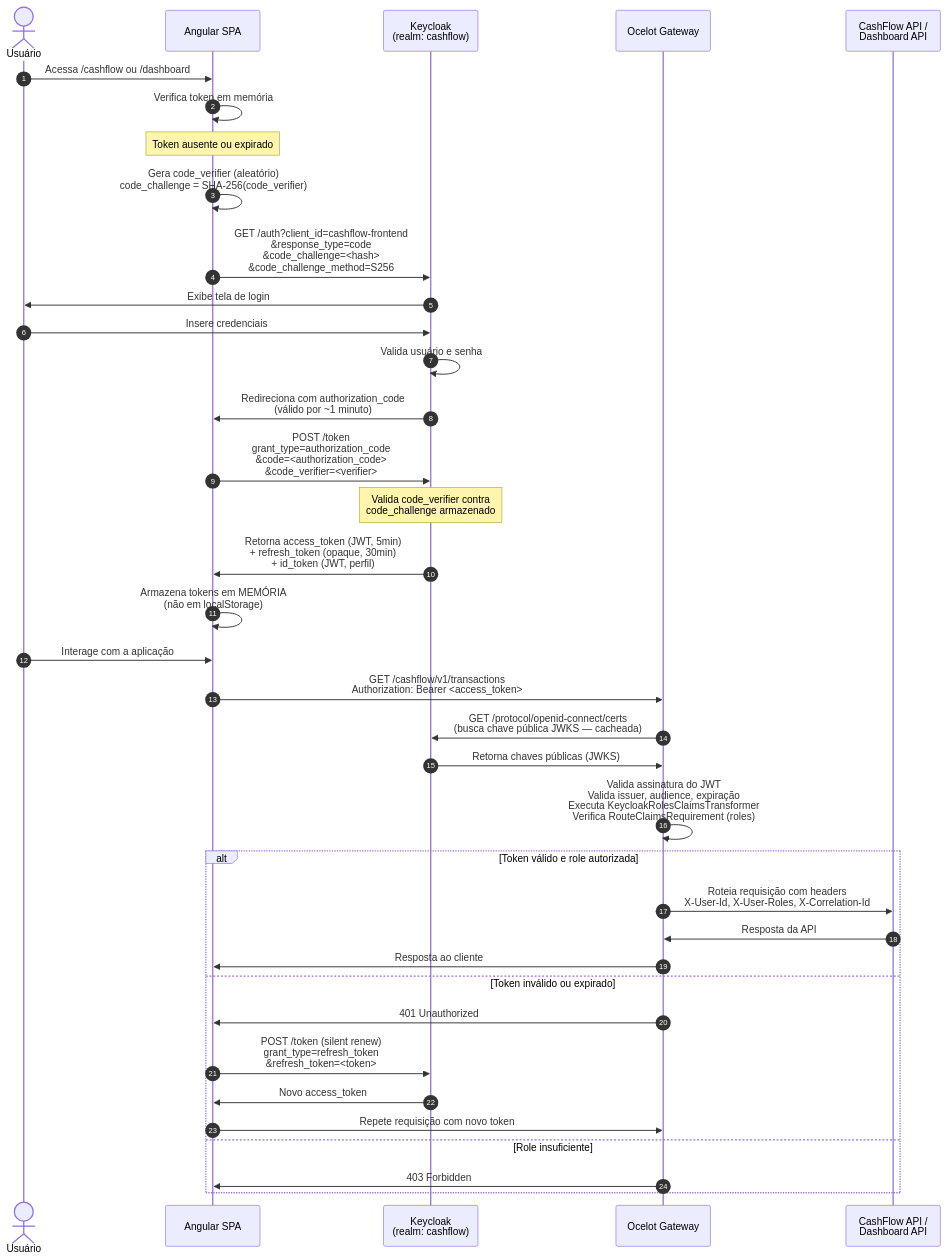
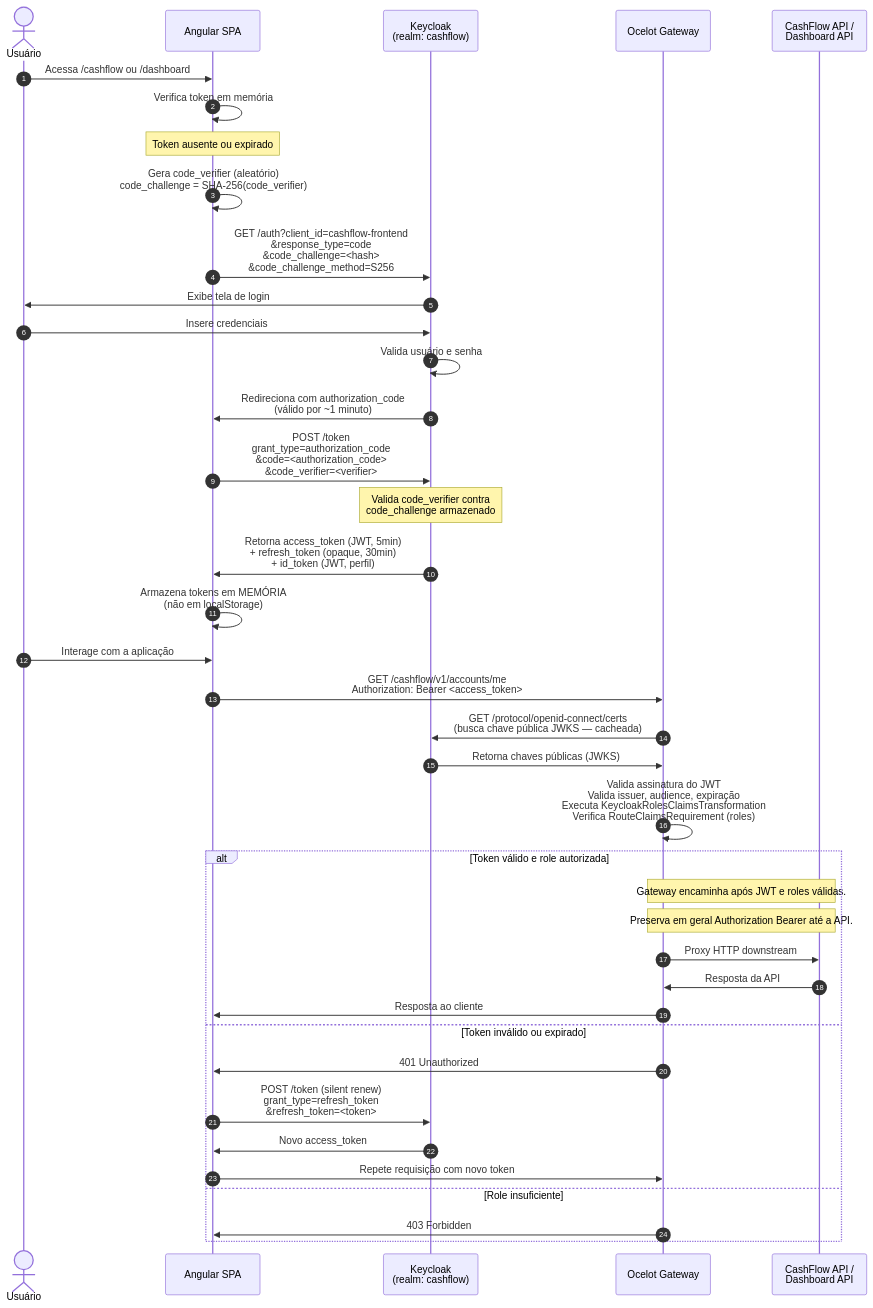
One commit to filipececcon/arch-challenge changed the diagram in docs/security/diagrams/auth-oidc-flow.mmd. Above: the diagram before and after it, drawn with Mermaid. The commit also changed 38 other files, not shown here.

First line of the commit message:
Refactor Cashflow architecture docs for account aggregate and unified outbox

```diff
--- a/docs/security/diagrams/auth-oidc-flow.mmd
+++ b/docs/security/diagrams/auth-oidc-flow.mmd
@@ -1,48 +1,50 @@
 sequenceDiagram
     autonumber
 
     actor U as Usuário
     participant A as Angular SPA
     participant K as Keycloak<br/>(realm: cashflow)
     participant G as Ocelot Gateway
     participant C as CashFlow API /<br/>Dashboard API
 
     U->>A: Acessa /cashflow ou /dashboard
     A->>A: Verifica token em memória
     Note over A: Token ausente ou expirado
 
     A->>A: Gera code_verifier (aleatório)<br/>code_challenge = SHA-256(code_verifier)
 
     A->>K: GET /auth?client_id=cashflow-frontend<br/>&response_type=code<br/>&code_challenge=<hash><br/>&code_challenge_method=S256
     K->>U: Exibe tela de login
 
     U->>K: Insere credenciais
     K->>K: Valida usuário e senha
     K->>A: Redireciona com authorization_code<br/>(válido por ~1 minuto)
 
     A->>K: POST /token<br/>grant_type=authorization_code<br/>&code=<authorization_code><br/>&code_verifier=<verifier>
     Note over K: Valida code_verifier contra<br/>code_challenge armazenado
     K->>A: Retorna access_token (JWT, 5min)<br/>+ refresh_token (opaque, 30min)<br/>+ id_token (JWT, perfil)
 
     A->>A: Armazena tokens em MEMÓRIA<br/>(não em localStorage)
 
     U->>A: Interage com a aplicação
-    A->>G: GET /cashflow/v1/transactions<br/>Authorization: Bearer <access_token>
+    A->>G: GET /cashflow/v1/accounts/me<br/>Authorization: Bearer <access_token>
 
     G->>K: GET /protocol/openid-connect/certs<br/>(busca chave pública JWKS — cacheada)
     K->>G: Retorna chaves públicas (JWKS)
 
-    G->>G: Valida assinatura do JWT<br/>Valida issuer, audience, expiração<br/>Executa KeycloakRolesClaimsTransformer<br/>Verifica RouteClaimsRequirement (roles)
+    G->>G: Valida assinatura do JWT<br/>Valida issuer, audience, expiração<br/>Executa KeycloakRolesClaimsTransformation<br/>Verifica RouteClaimsRequirement (roles)
 
     alt Token válido e role autorizada
-        G->>C: Roteia requisição com headers<br/>X-User-Id, X-User-Roles, X-Correlation-Id
+        Note over G,C: Gateway encaminha após JWT e roles válidas.
+        Note over G,C: Preserva em geral Authorization Bearer até a API.
+        G->>C: Proxy HTTP downstream
         C->>G: Resposta da API
         G->>A: Resposta ao cliente
     else Token inválido ou expirado
         G->>A: 401 Unauthorized
         A->>K: POST /token (silent renew)<br/>grant_type=refresh_token<br/>&refresh_token=<token>
         K->>A: Novo access_token
         A->>G: Repete requisição com novo token
     else Role insuficiente
         G->>A: 403 Forbidden
     end
```
